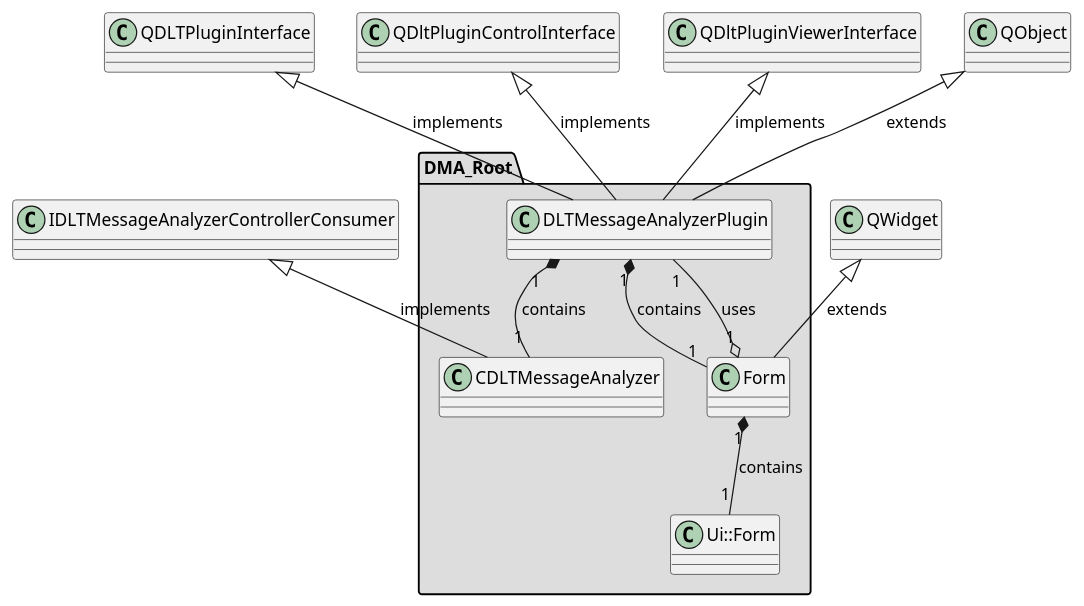
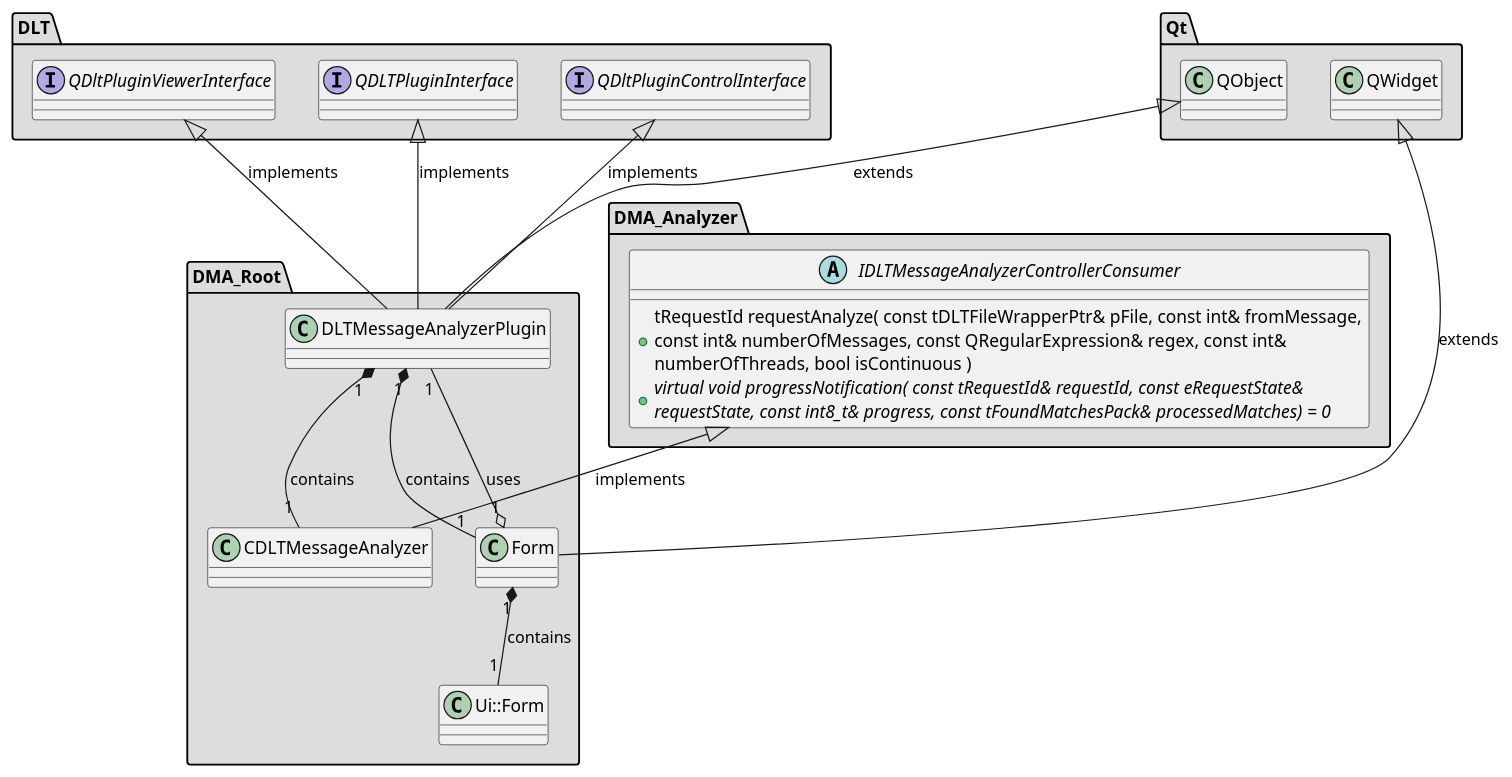
The diagram in md/dev_docs/puml/DMA_Root_standalone.puml (svlad-90/DLT-Message-Analyzer), drawn with PlantUML before and after one commit. The commit also changed 41 other files, not shown here.

First line of the commit message:
[ISSUE #107][REPOSITORY] Extend README to contain a diagram, which will represent dependencies to the third-party repositories

```diff
--- a/md/dev_docs/puml/DMA_Root_standalone.puml
+++ b/md/dev_docs/puml/DMA_Root_standalone.puml
@@ -2,39 +2,80 @@
 @startuml
 
 skinparam wrapWidth 600
+package "DLT" #DDDDDD
+{
+
+interface "QDLTPluginInterface"
+{
+}
+
+interface "QDltPluginControlInterface"
+{
+}
+
+interface "QDltPluginViewerInterface"
+{
+}
+
+}
+
+package "DMA_Analyzer" #DDDDDD
+{
+
+abstract class "IDLTMessageAnalyzerControllerConsumer"
+{
+    + tRequestId requestAnalyze( const tDLTFileWrapperPtr& pFile, const int& fromMessage, const int& numberOfMessages, const QRegularExpression& regex, const int& numberOfThreads, bool isContinuous )
+    + {abstract} virtual void progressNotification( const tRequestId& requestId, const eRequestState& requestState, const int8_t& progress, const tFoundMatchesPack& processedMatches) = 0
+}
+
+}
+
 package "DMA_Root" #DDDDDD
 {
 
 class "CDLTMessageAnalyzer"
 {
 }
 
 class "DLTMessageAnalyzerPlugin"
 {
 }
 
 class "Form"
 {
 }
 
 class "Ui::Form"
 {
 }
 
 }
 
+package "Qt" #DDDDDD
+{
+
+class "QObject"
+{
+}
+
+class "QWidget"
+{
+}
+
+}
+
 '====================Inheritance section====================
 IDLTMessageAnalyzerControllerConsumer <|-- CDLTMessageAnalyzer : implements
 QDLTPluginInterface <|-- DLTMessageAnalyzerPlugin : implements
 QDltPluginControlInterface <|-- DLTMessageAnalyzerPlugin : implements
 QDltPluginViewerInterface <|-- DLTMessageAnalyzerPlugin : implements
 QObject <|-- DLTMessageAnalyzerPlugin : extends
 QWidget <|-- Form : extends
 
 '====================Dependencies section====================
 DLTMessageAnalyzerPlugin "1" *-- "1" CDLTMessageAnalyzer : contains
 DLTMessageAnalyzerPlugin "1" *-- "1" Form : contains
 Form "1" o-- "1" DLTMessageAnalyzerPlugin : uses
 Form "1" *-- "1" Ui::Form : contains
 
 @enduml
```
